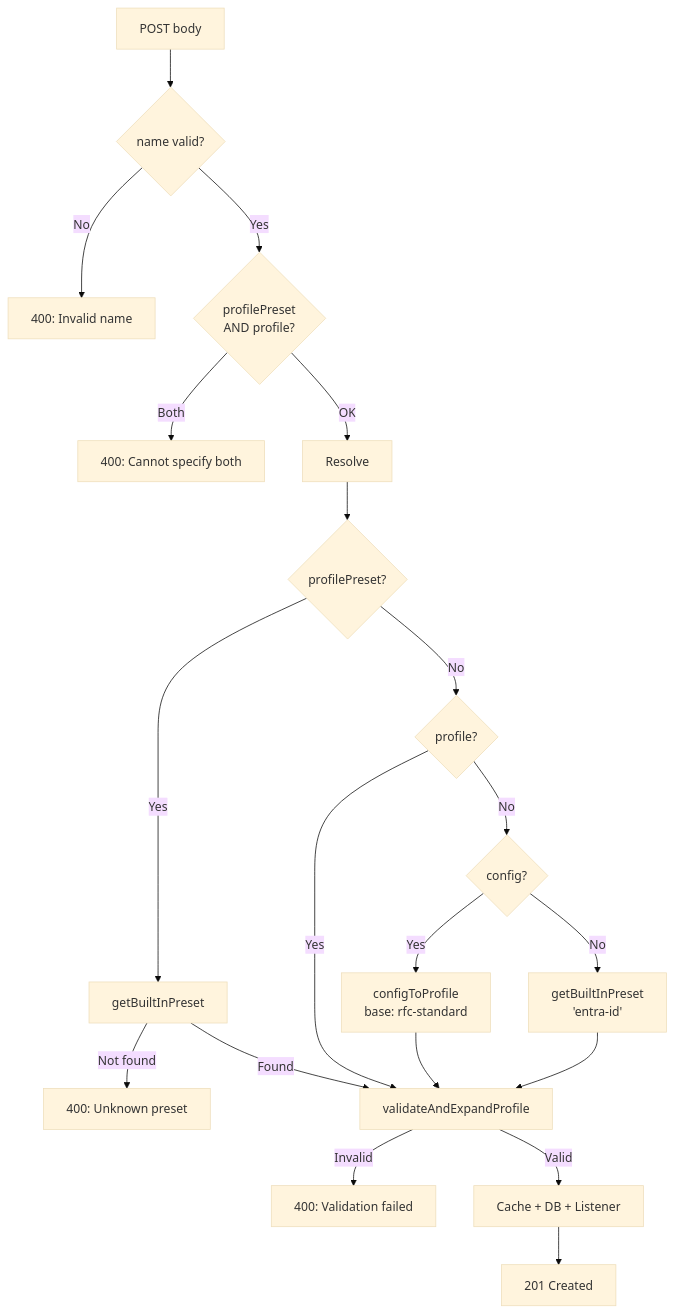
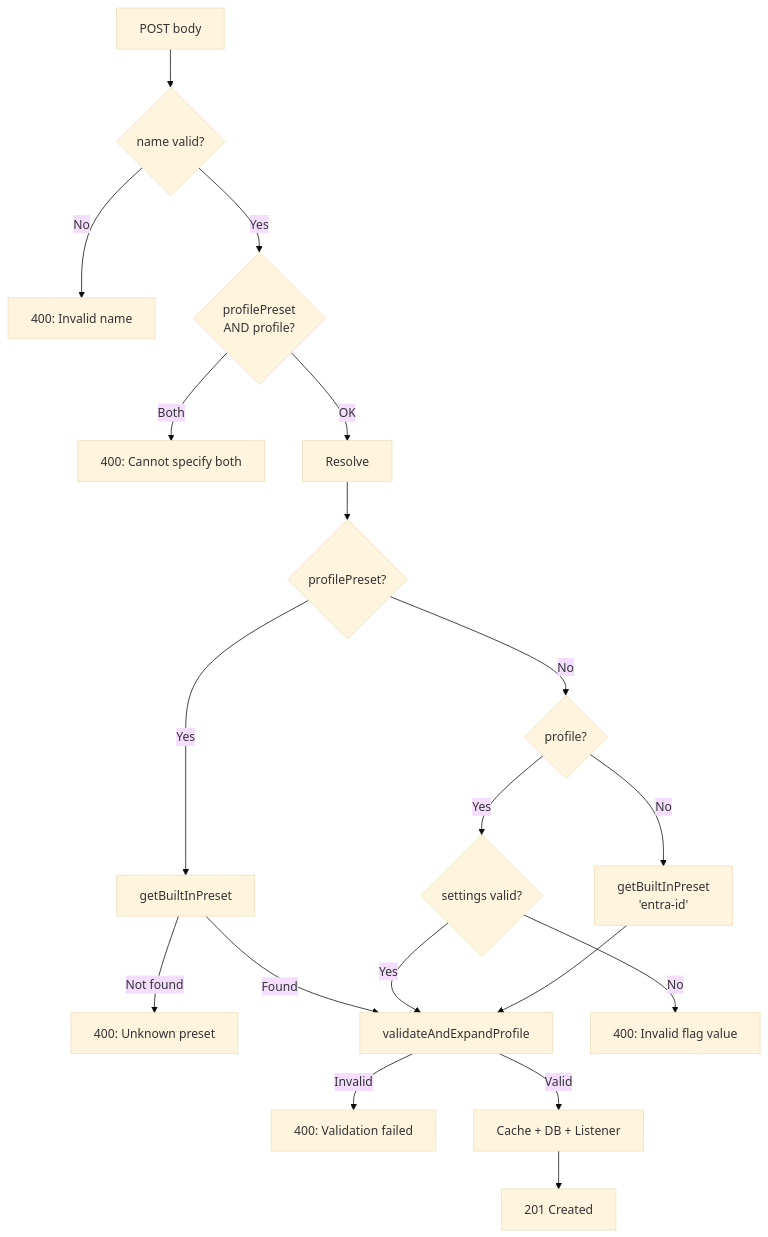
Before and after one commit to pranems/SCIMServer: the second of 7 diagrams in docs/ENDPOINT_PROFILE_ARCHITECTURE.md, drawn with Mermaid (base theme). The commit also changed other lines of this file, not shown here.

First line of the commit message:
docs: update Endpoint Profile Architecture for v0.29.0

````diff
--- a/docs/ENDPOINT_PROFILE_ARCHITECTURE.md
+++ b/docs/ENDPOINT_PROFILE_ARCHITECTURE.md
@@ -108,27 +111,25 @@
 ```mermaid
 flowchart TD
     Start[POST body] --> NameCheck{name valid?}
     NameCheck -->|No| E400a[400: Invalid name]
     NameCheck -->|Yes| MutExcl{profilePreset<br/>AND profile?}
     MutExcl -->|Both| E400b[400: Cannot specify both]
     MutExcl -->|OK| Resolve
 
     Resolve --> HasPreset{profilePreset?}
     HasPreset -->|Yes| LookupPreset[getBuiltInPreset]
     LookupPreset -->|Not found| E400c[400: Unknown preset]
     LookupPreset -->|Found| Expand
 
     HasPreset -->|No| HasProfile{profile?}
-    HasProfile -->|Yes| Expand
+    HasProfile -->|Yes| ValidateSettings{settings valid?}
+    ValidateSettings -->|No| E400s[400: Invalid flag value]
+    ValidateSettings -->|Yes| Expand
 
-    HasProfile -->|No| HasConfig{config?}
-    HasConfig -->|Yes| ConfigToProfile[configToProfile<br/>base: rfc-standard]
-    ConfigToProfile --> Expand
-
-    HasConfig -->|No| Default[getBuiltInPreset<br/>'entra-id']
+    HasProfile -->|No| Default[getBuiltInPreset<br/>'entra-id']
     Default --> Expand
 
     Expand[validateAndExpandProfile] -->|Invalid| E400d[400: Validation failed]
     Expand -->|Valid| Persist[Cache + DB + Listener]
     Persist --> R201[201 Created]
 ```
````
